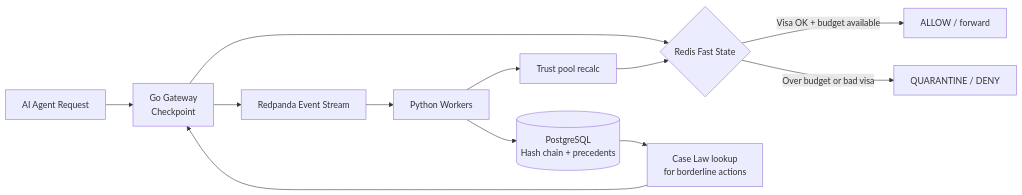
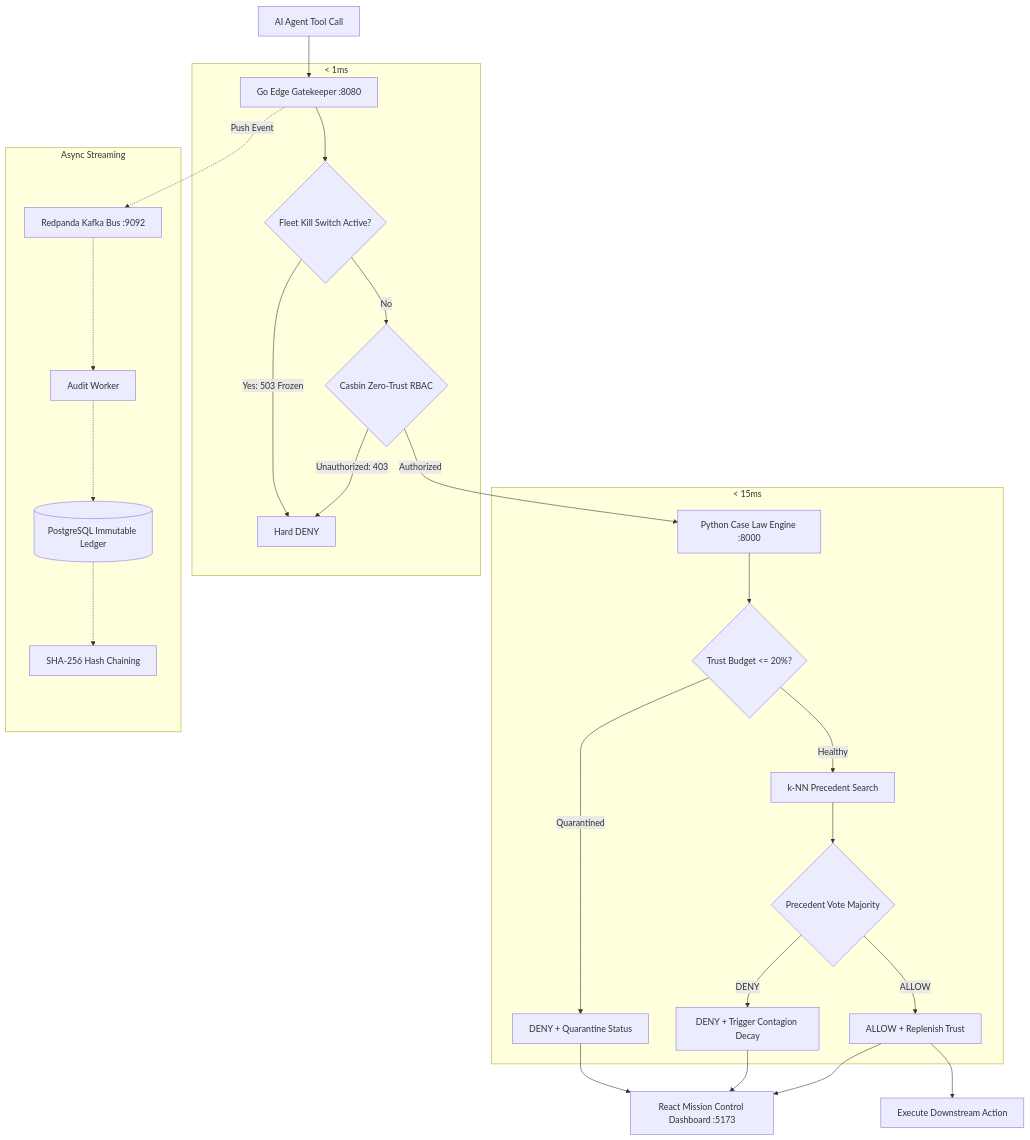
The diagram in README.md (Ujjwal0207/sentinel), drawn with Mermaid before and after one commit. The commit also changed other lines of this file, not shown here.

Commit message:
Update README to enterprise-grade documentation and system architecture

````diff
--- a/README.md
+++ b/README.md
@@ -78,14 +87,33 @@
 ```mermaid
-flowchart LR
-    A[AI Agent Request] --> B[Go Gateway<br/>Checkpoint]
-    B --> C{Redis Fast State}
-    C -->|Visa OK + budget available| D[ALLOW / forward]
-    C -->|Over budget or bad visa| E[QUARANTINE / DENY]
-    B --> F[Redpanda Event Stream]
-    F --> G[Python Workers]
-    G --> H[(PostgreSQL<br/>Hash chain + precedents)]
-    G --> I[Trust pool recalc]
-    I --> C
-    H --> J[Case Law lookup<br/>for borderline actions]
-    J --> B
+flowchart TD
+    A[AI Agent Tool Call] --> B[Go Edge Gatekeeper :8080]
+    
+    subgraph Hot Path [< 1ms]
+        B --> C{Fleet Kill Switch Active?}
+        C -->|Yes: 503 Frozen| D[Hard DENY]
+        C -->|No| E{Casbin Zero-Trust RBAC}
+        E -->|Unauthorized: 403| D
+    end
+
+    subgraph Warm Path [< 15ms]
+        E -->|Authorized| F[Python Case Law Engine :8000]
+        F --> G{Trust Budget <= 20%?}
+        G -->|Quarantined| H[DENY + Quarantine Status]
+        G -->|Healthy| I[k-NN Precedent Search]
+        I --> J{Precedent Vote Majority}
+        J -->|DENY| K[DENY + Trigger Contagion Decay]
+        J -->|ALLOW| L[ALLOW + Replenish Trust]
+    end
+
+    subgraph Cold Path [Async Streaming]
+        B -.->|Push Event| M[Redpanda Kafka Bus :9092]
+        M -.-> N[Audit Worker]
+        N -.-> O[(PostgreSQL Immutable Ledger)]
+        O -.-> P[SHA-256 Hash Chaining]
+    end
+
+    L --> Q[Execute Downstream Action]
+    H --> R[React Mission Control Dashboard :5173]
+    K --> R
+    L --> R
 ```
````
